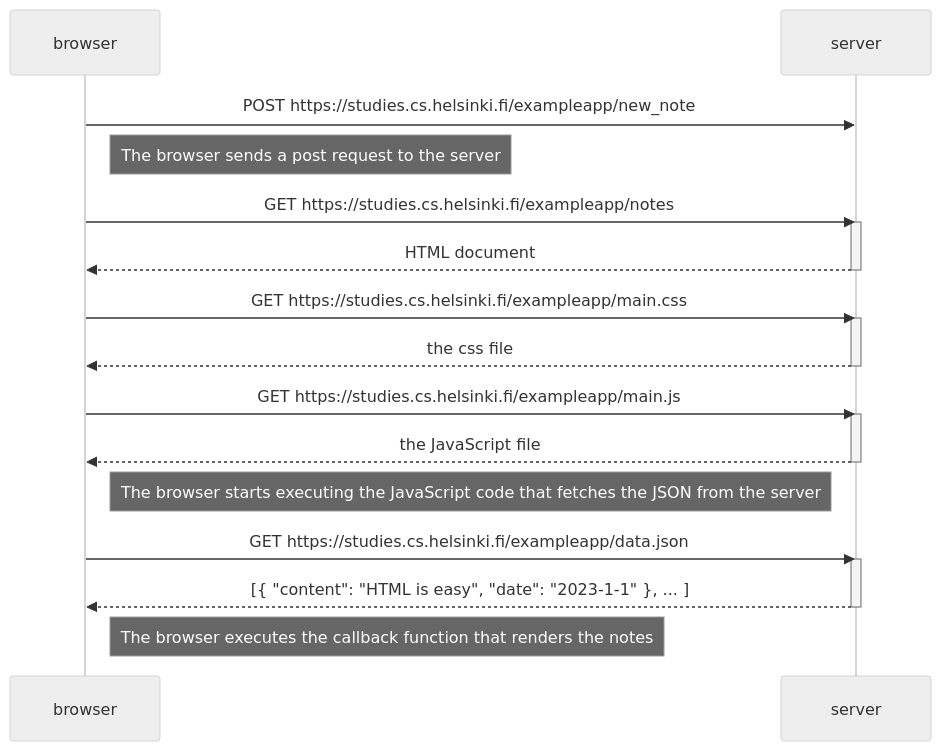
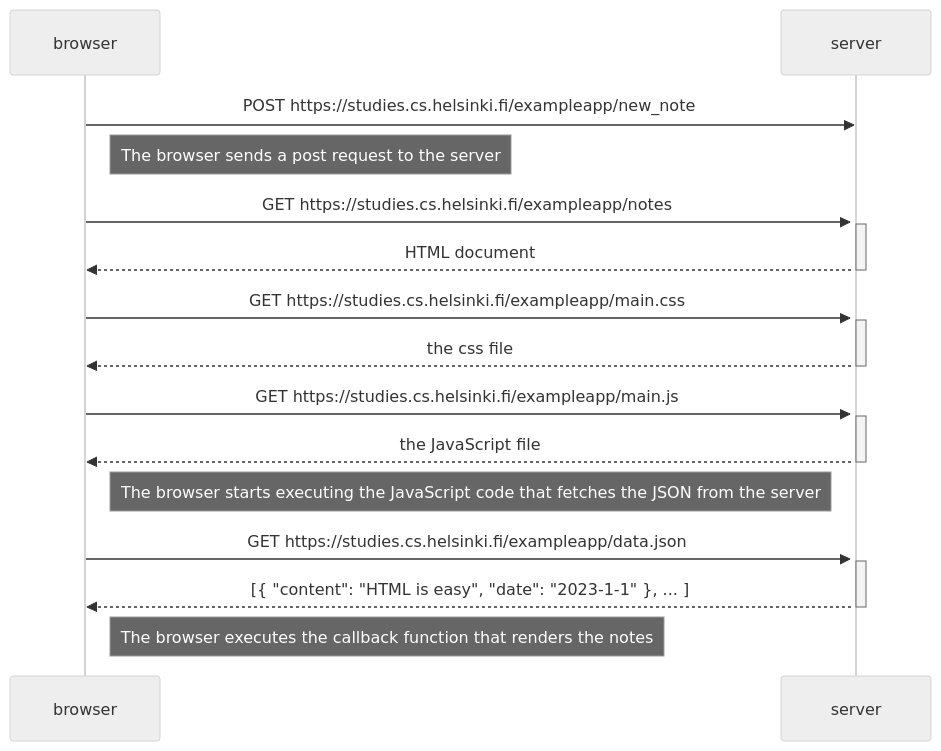
Before and after one commit to kaisadia/HY-fullstack: the diagram in osa0/0.4.md, drawn with Mermaid (neutral theme).

````diff
--- a/osa0/0.4.md
+++ b/osa0/0.4.md
@@ -2,33 +2,34 @@
 ```mermaid
 sequenceDiagram
     participant browser
     participant server
     
     browser->>server: POST https://studies.cs.helsinki.fi/exampleapp/new_note
+    activate server
     
     Note right of browser: The browser sends a post request to the server
     
     browser->>server: GET https://studies.cs.helsinki.fi/exampleapp/notes
     activate server
     server-->>browser: HTML document
     deactivate server
     
     browser->>server: GET https://studies.cs.helsinki.fi/exampleapp/main.css
     activate server
     server-->>browser: the css file
     deactivate server
     
     browser->>server: GET https://studies.cs.helsinki.fi/exampleapp/main.js
     activate server
     server-->>browser: the JavaScript file
     deactivate server
     
     Note right of browser: The browser starts executing the JavaScript code that fetches the JSON from the server
     
     browser->>server: GET https://studies.cs.helsinki.fi/exampleapp/data.json
     activate server
     server-->>browser: [{ "content": "HTML is easy", "date": "2023-1-1" }, ... ]
     deactivate server    
 
     Note right of browser: The browser executes the callback function that renders the notes 
 ```
````
